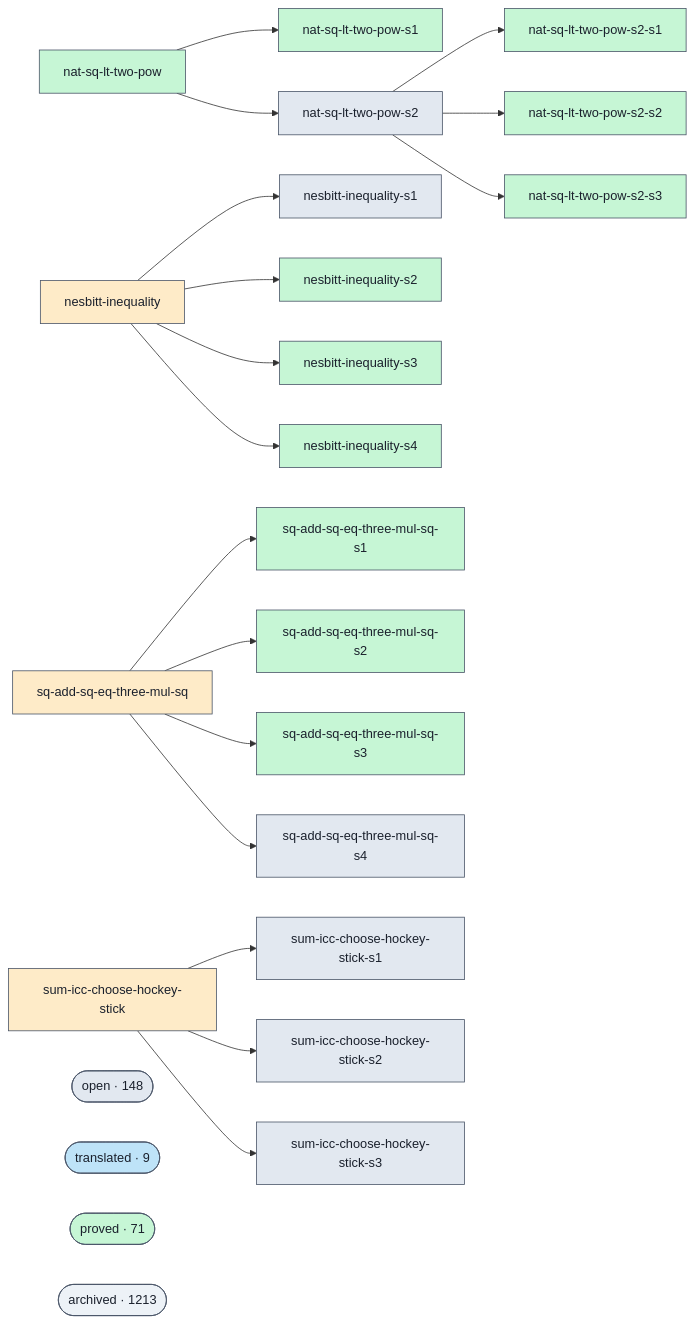
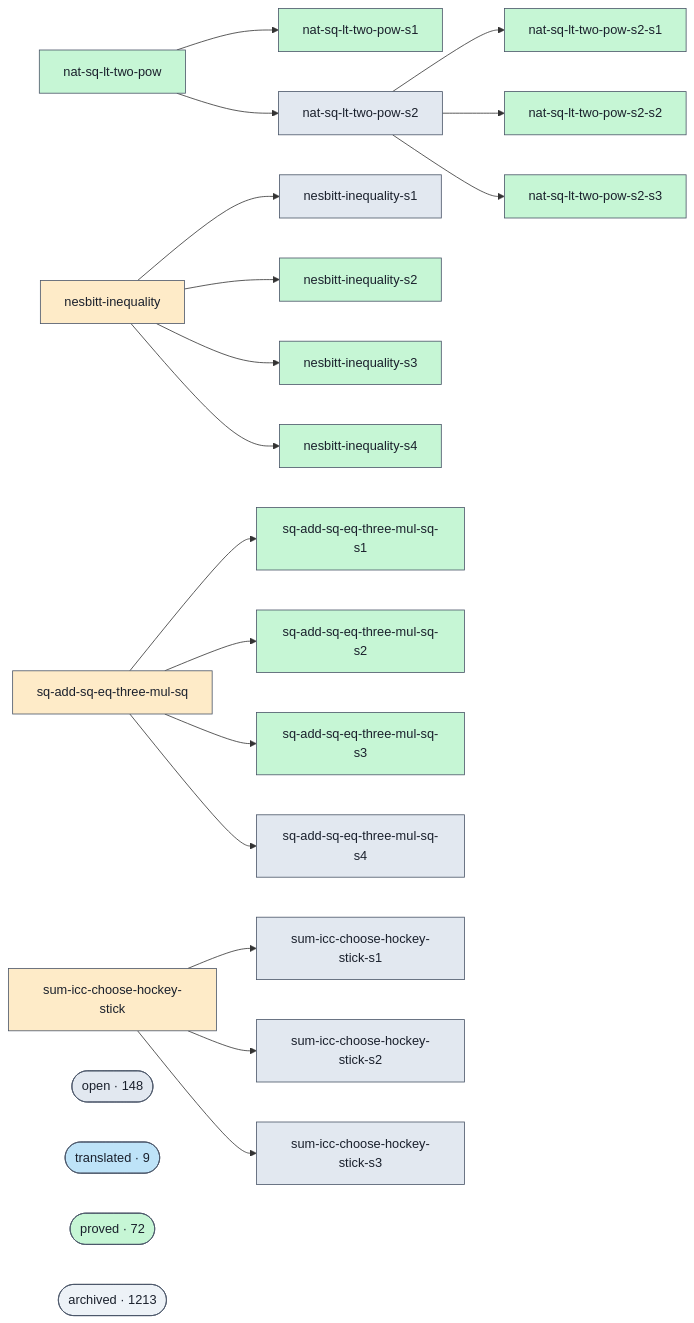
One commit to ohdearquant/unsorry changed the diagram in docs/proofs-contributors-visualisation.md. Above: the diagram before and after it, drawn with Mermaid. The commit also changed other lines of this file and 2 other files, not shown here.

```diff
--- a/docs/proofs-contributors-visualisation.md
+++ b/docs/proofs-contributors-visualisation.md
@@ -102,7 +102,7 @@
   class cluster_open open;
   cluster_translated(["translated · 9"])
   class cluster_translated translated;
-  cluster_proved(["proved · 71"])
+  cluster_proved(["proved · 72"])
   class cluster_proved proved;
   cluster_archived(["archived · 1213"])
   class cluster_archived unknown;
```
